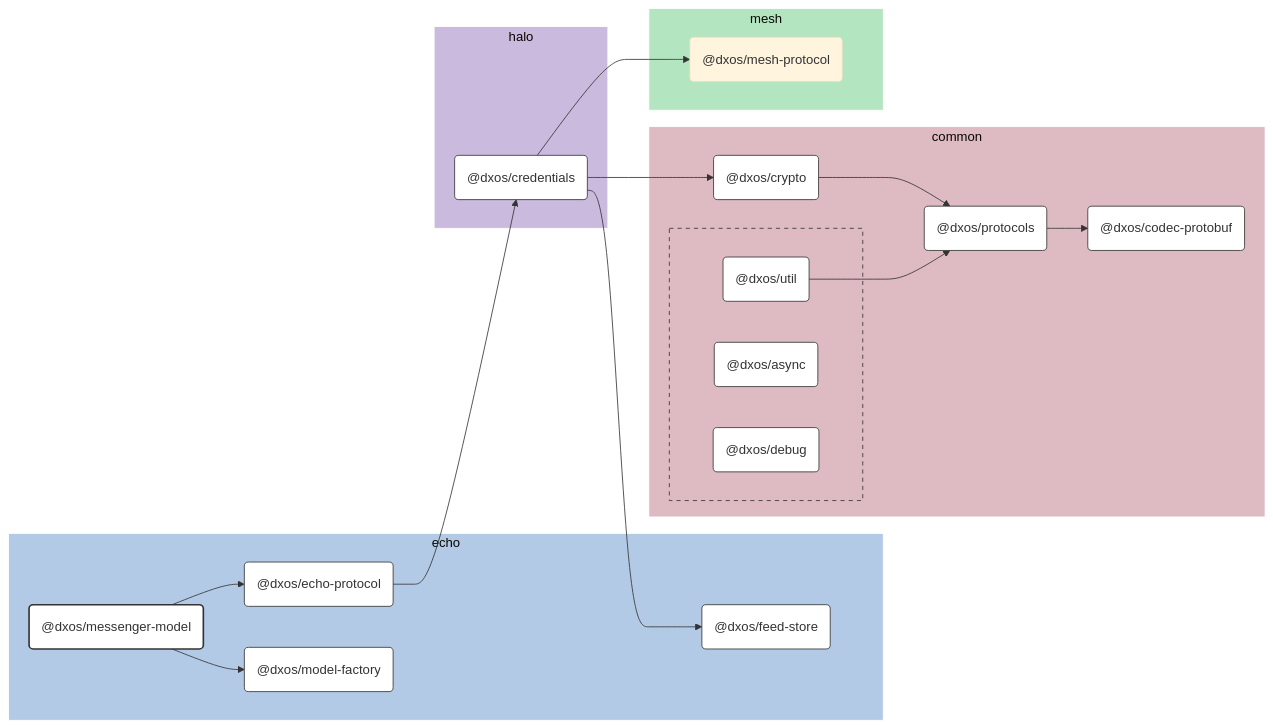
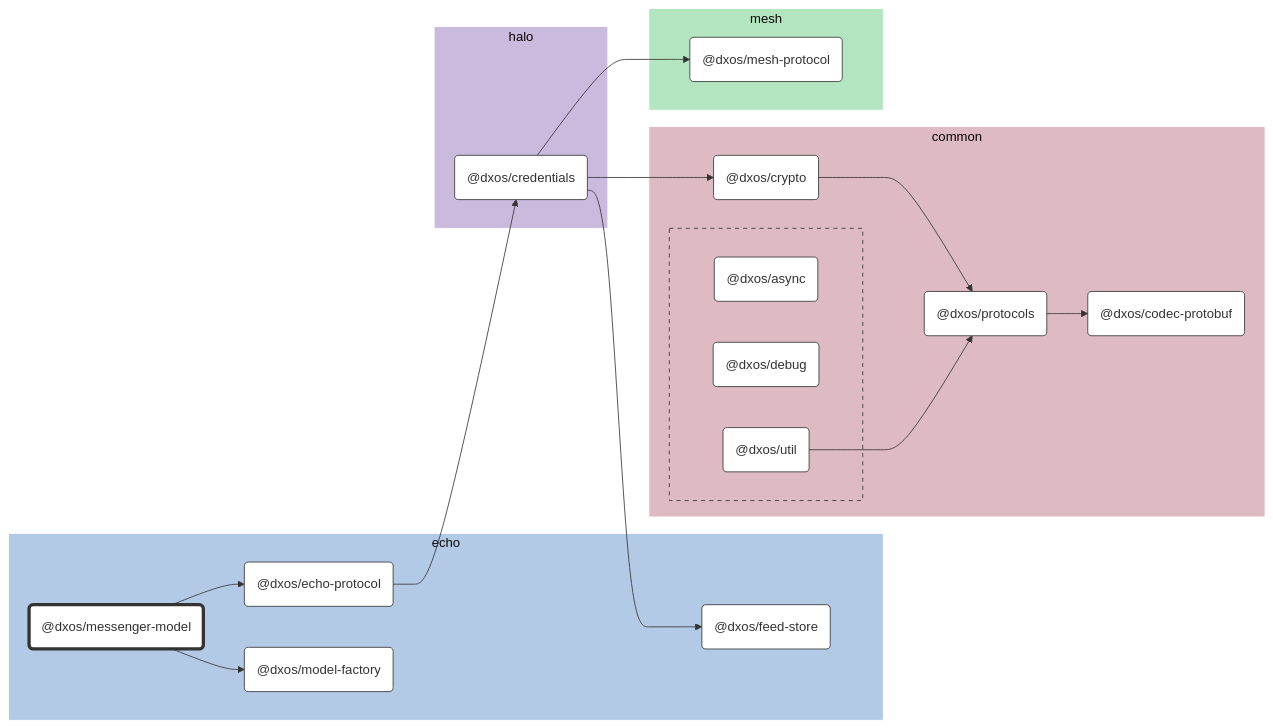
The diagram in packages/echo/messenger-model/docs/README.md (dxos/dxos), drawn with Mermaid (base theme) before and after one commit. The commit also changed other lines of this file and 104 other files, not shown here.

````diff
--- a/packages/echo/messenger-model/docs/README.md
+++ b/packages/echo/messenger-model/docs/README.md
@@ -9,83 +9,65 @@
 
 flowchart LR
 
-%% Links
-dxos/credentials --> dxos/crypto;
-dxos/credentials --> dxos/feed-store;
-dxos/credentials --> dxos/mesh-protocol;
-dxos/crypto --> dxos/protocols;
-dxos/echo-protocol --> dxos/credentials;
-dxos/messenger-model --> dxos/echo-protocol;
-dxos/messenger-model --> dxos/model-factory;
-dxos/protocols --> dxos/codec-protobuf;
-dxos/util --> dxos/protocols;
+%% Classes
+classDef def fill:#fff,stroke:#333,stroke-width:1px
+classDef root fill:#fff,stroke:#333,stroke-width:4px
 
-%% Sections
-subgraph echo
-  style echo fill:#b3cae6,stroke:#fff;
+%% Nodes
 
-  dxos/echo-protocol("@dxos/echo-protocol")
-  dxos/feed-store("@dxos/feed-store")
-  dxos/messenger-model("@dxos/messenger-model")
-  dxos/model-factory("@dxos/model-factory")
+subgraph echo [echo]
+  style echo fill:#b3cae6,stroke:#fff
+  dxos/messenger-model("@dxos/messenger-model"):::root
+  click dxos/messenger-model "dxos/dxos/tree/main/packages/echo/messenger-model/docs"
+  dxos/echo-protocol("@dxos/echo-protocol"):::def
+  click dxos/echo-protocol "dxos/dxos/tree/main/packages/echo/echo-protocol/docs"
+  dxos/feed-store("@dxos/feed-store"):::def
+  click dxos/feed-store "dxos/dxos/tree/main/packages/echo/feed-store/docs"
+  dxos/model-factory("@dxos/model-factory"):::def
+  click dxos/model-factory "dxos/dxos/tree/main/packages/echo/model-factory/docs"
 end
 
-subgraph common
-  style common fill:#debac2,stroke:#fff;
-
-  dxos/codec-protobuf("@dxos/codec-protobuf")
-  dxos/crypto("@dxos/crypto")
-  dxos/protocols("@dxos/protocols")
+subgraph common [common]
+  style common fill:#debac2,stroke:#fff
+  dxos/codec-protobuf("@dxos/codec-protobuf"):::def
+  click dxos/codec-protobuf "dxos/dxos/tree/main/packages/common/codec-protobuf/docs"
+  dxos/crypto("@dxos/crypto"):::def
+  click dxos/crypto "dxos/dxos/tree/main/packages/common/crypto/docs"
+  dxos/protocols("@dxos/protocols"):::def
+  click dxos/protocols "dxos/dxos/tree/main/packages/common/protocols/docs"
 
   subgraph common-excluded [ ]
-    style common-excluded fill:#debac2,stroke:#333,stroke-dasharray:5 5;
-
-    dxos/async("@dxos/async")
-    dxos/debug("@dxos/debug")
-    dxos/util("@dxos/util")
+    style common-excluded fill:#debac2,stroke:#333,stroke-dasharray:5 5
+    dxos/async("@dxos/async"):::def
+    click dxos/async "dxos/dxos/tree/main/packages/common/async/docs"
+    dxos/debug("@dxos/debug"):::def
+    click dxos/debug "dxos/dxos/tree/main/packages/common/debug/docs"
+    dxos/util("@dxos/util"):::def
+    click dxos/util "dxos/dxos/tree/main/packages/common/util/docs"
   end
 end
 
-subgraph halo
-  style halo fill:#cabade,stroke:#fff;
-
-  dxos/credentials("@dxos/credentials")
+subgraph halo [halo]
+  style halo fill:#cabade,stroke:#fff
+  dxos/credentials("@dxos/credentials"):::def
+  click dxos/credentials "dxos/dxos/tree/main/packages/halo/credentials/docs"
 end
 
-subgraph mesh
-  style mesh fill:#b3e6c0,stroke:#fff;
-
-  dxos/mesh-protocol("@dxos/mesh-protocol")
+subgraph mesh [mesh]
+  style mesh fill:#b3e6c0,stroke:#fff
+  dxos/mesh-protocol("@dxos/mesh-protocol"):::def
+  click dxos/mesh-protocol "dxos/dxos/tree/main/packages/mesh/mesh-protocol/docs"
 end
 
-
-%% Hyperlinks
-click dxos/async "dxos/dxos/tree/main/packages/common/async/docs";
-click dxos/codec-protobuf "dxos/dxos/tree/main/packages/common/codec-protobuf/docs";
-click dxos/credentials "dxos/dxos/tree/main/packages/halo/credentials/docs";
-click dxos/crypto "dxos/dxos/tree/main/packages/common/crypto/docs";
-click dxos/debug "dxos/dxos/tree/main/packages/common/debug/docs";
-click dxos/echo-protocol "dxos/dxos/tree/main/packages/echo/echo-protocol/docs";
-click dxos/feed-store "dxos/dxos/tree/main/packages/echo/feed-store/docs";
-click dxos/model-factory "dxos/dxos/tree/main/packages/echo/model-factory/docs";
-click dxos/protocols "dxos/dxos/tree/main/packages/common/protocols/docs";
-click dxos/util "dxos/dxos/tree/main/packages/common/util/docs";
-
-%% Styles
-classDef rootNode fill:#fff,stroke:#333,stroke-width:2px
-classDef defaultNode fill:#fff,stroke:#333,stroke-width:1px
+%% Links
 linkStyle default stroke:#333,stroke-width:1px
-
-dxos/messenger-model:::rootNode
-
-dxos/async:::defaultNode
-dxos/codec-protobuf:::defaultNode
-dxos/credentials:::defaultNode
-dxos/crypto:::defaultNode
-dxos/debug:::defaultNode
-dxos/echo-protocol:::defaultNode
-dxos/feed-store:::defaultNode
-dxos/model-factory:::defaultNode
-dxos/protocols:::defaultNode
-dxos/util:::defaultNode
+dxos/messenger-model --> dxos/echo-protocol
+dxos/echo-protocol --> dxos/credentials
+dxos/credentials --> dxos/crypto
+dxos/crypto --> dxos/protocols
+dxos/protocols --> dxos/codec-protobuf
+dxos/credentials --> dxos/feed-store
+dxos/util --> dxos/protocols
+dxos/credentials --> dxos/mesh-protocol
+dxos/messenger-model --> dxos/model-factory
 ```
````
